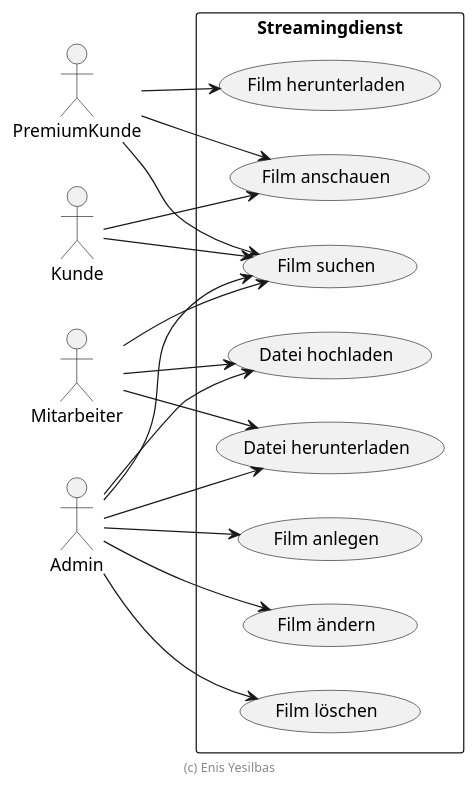
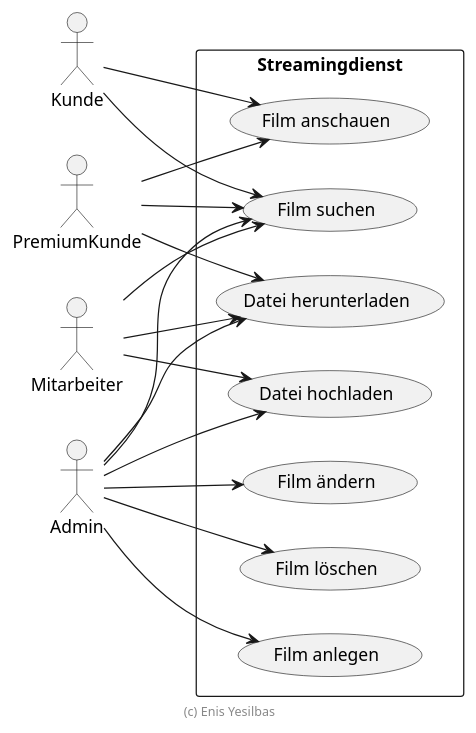
The diagram in doc/entwicklerhandbuch/use-cases.puml (tanermemili/ss21_swe_grp5_abgabe1-1), drawn with PlantUML before and after one commit. The commit also changed other lines of this file and 5 other files, not shown here.

Commit message:
Fertiges Entwicklerhandbuch mit den dazugehörigen PlantUML-Diagrammen + die .adoc-Datei der reveal.js-Folien

```diff
--- a/doc/entwicklerhandbuch/use-cases.puml
+++ b/doc/entwicklerhandbuch/use-cases.puml
@@ -2,31 +15,31 @@
 @startuml Use Cases
 
 left to right direction
 skinparam packageStyle rect
 skinparam componentStyle uml2
 
 actor Kunde
 actor PremiumKunde
 actor Mitarbeiter
 actor Admin
 
 rectangle Streamingdienst {
     Kunde --> (Film suchen)
     Kunde --> (Film anschauen)
+    PremiumKunde --> (Film suchen)
     PremiumKunde --> (Film anschauen)
-    PremiumKunde --> (Film suchen)
-    PremiumKunde --> (Film herunterladen)
+    PremiumKunde --> (Datei herunterladen)
     Mitarbeiter --> (Film suchen)
     Mitarbeiter --> (Datei hochladen)
     Mitarbeiter --> (Datei herunterladen)
     Admin --> (Film suchen)
     Admin --> (Film anlegen)
     Admin --> (Film ändern)
     Admin --> (Film löschen)
     Admin --> (Datei hochladen)
     Admin --> (Datei herunterladen)
 }
 
 footer (c) Enis Yesilbas
 
 @enduml
```
